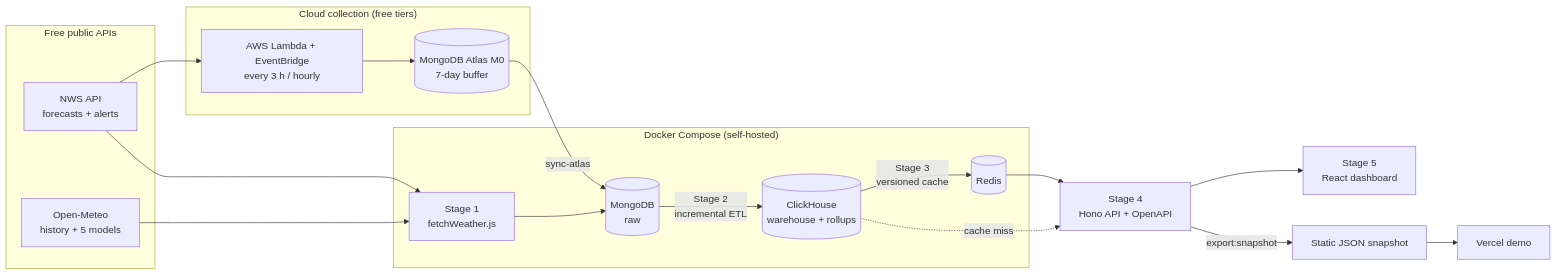
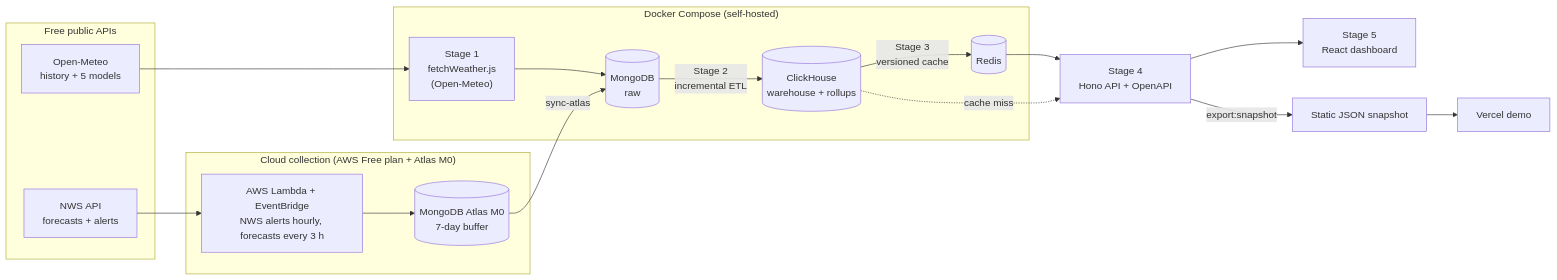
One commit to dangkhoa241/us-weather-pipeline changed the first of 2 diagrams in README.md. Above: the diagram before and after it, drawn with Mermaid. The commit also changed other lines of this file and 2 other files, not shown here.

First line of the commit message:
README: architecture diagrams match the code; fresh screenshots from the snapshot build

````diff
--- a/README.md
+++ b/README.md
@@ -62,23 +62,22 @@
 ```mermaid
 flowchart LR
   subgraph Sources["Free public APIs"]
     NWS["NWS API<br/>forecasts + alerts"]
     OM["Open-Meteo<br/>history + 5 models"]
   end
-  subgraph Cloud["Cloud collection (free tiers)"]
-    GHA["AWS Lambda + EventBridge<br/>every 3 h / hourly"] --> ATLAS[("MongoDB Atlas M0<br/>7-day buffer")]
+  subgraph Cloud["Cloud collection (AWS Free plan + Atlas M0)"]
+    LAMBDA["AWS Lambda + EventBridge<br/>NWS alerts hourly, forecasts every 3 h"] --> ATLAS[("MongoDB Atlas M0<br/>7-day buffer")]
   end
   subgraph Local["Docker Compose (self-hosted)"]
-    F["Stage 1<br/>fetchWeather.js"] --> M[("MongoDB<br/>raw")]
+    F["Stage 1<br/>fetchWeather.js<br/>(Open-Meteo)"] --> M[("MongoDB<br/>raw")]
     M -->|"Stage 2<br/>incremental ETL"| CH[("ClickHouse<br/>warehouse + rollups")]
     CH -->|"Stage 3<br/>versioned cache"| R[("Redis")]
   end
-  NWS --> GHA
-  NWS --> F
+  NWS --> LAMBDA
   OM --> F
   ATLAS -->|sync-atlas| M
   R --> API["Stage 4<br/>Hono API + OpenAPI"]
   CH -.->|cache miss| API
   API --> UI["Stage 5<br/>React dashboard"]
   API -->|export:snapshot| SNAP["Static JSON snapshot"] --> VERCEL["Vercel demo"]
 ```
````
